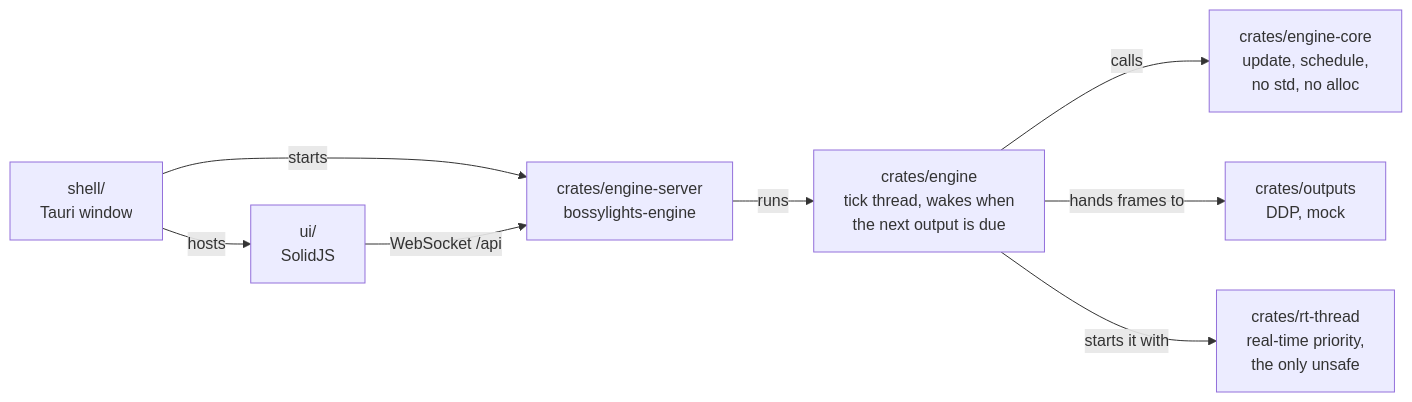
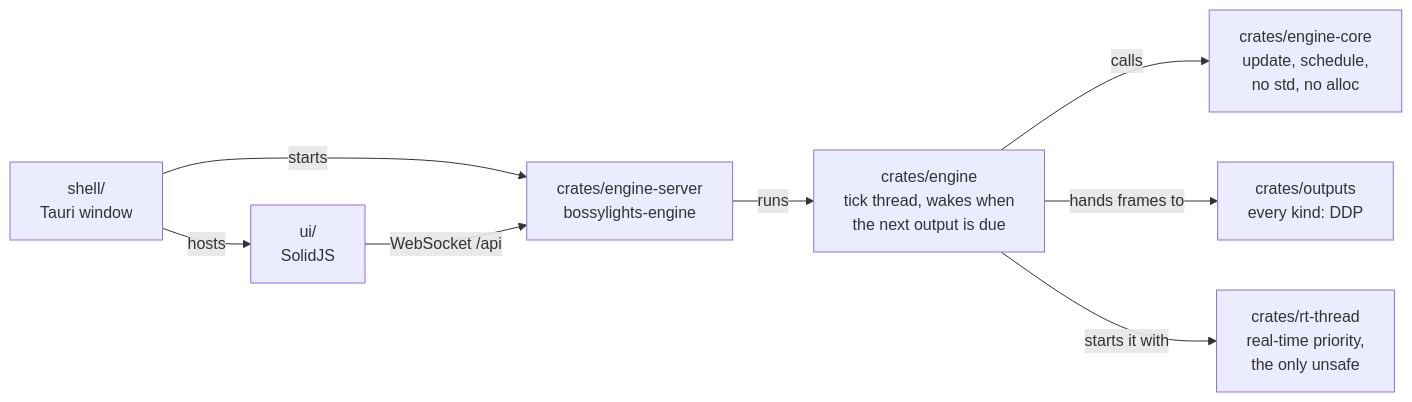
Before and after one commit to abossard/bossylights: the first of 3 diagrams in README.md, drawn with Mermaid. The commit also changed other lines of this file and 1 other file, not shown here.

````diff
--- a/README.md
+++ b/README.md
@@ -25,10 +25,10 @@
 ```mermaid
 flowchart LR
   SH["shell/<br/>Tauri window"] -- "starts" --> EB["crates/engine-server<br/>bossylights-engine"]
   EB -- "runs" --> EN["crates/engine<br/>tick thread, wakes when<br/>the next output is due"]
   EN -- "calls" --> CO["crates/engine-core<br/>update, schedule,<br/>no std, no alloc"]
-  EN -- "hands frames to" --> OU["crates/outputs<br/>DDP, mock"]
+  EN -- "hands frames to" --> OU["crates/outputs<br/>every kind: DDP"]
   EN -- "starts it with" --> RT["crates/rt-thread<br/>real-time priority,<br/>the only unsafe"]
   SH -- "hosts" --> UI["ui/<br/>SolidJS"]
   UI -- "WebSocket /api" --> EB
 ```
````
